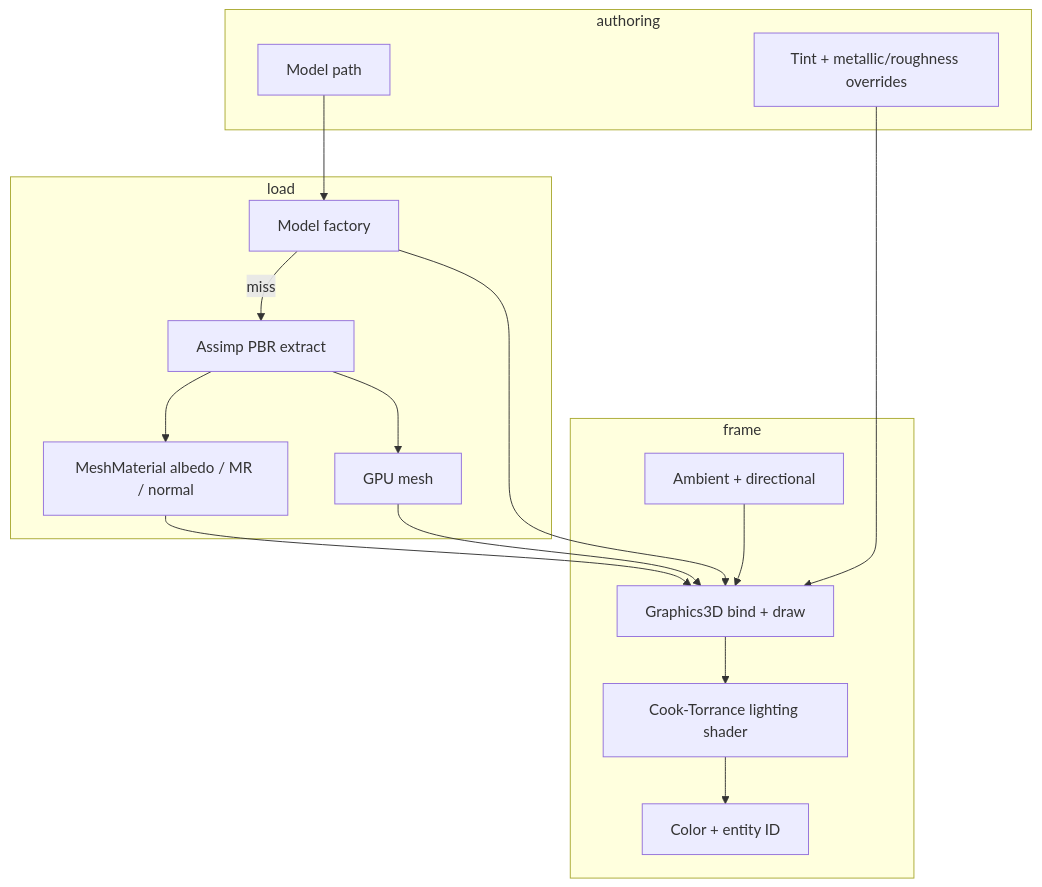
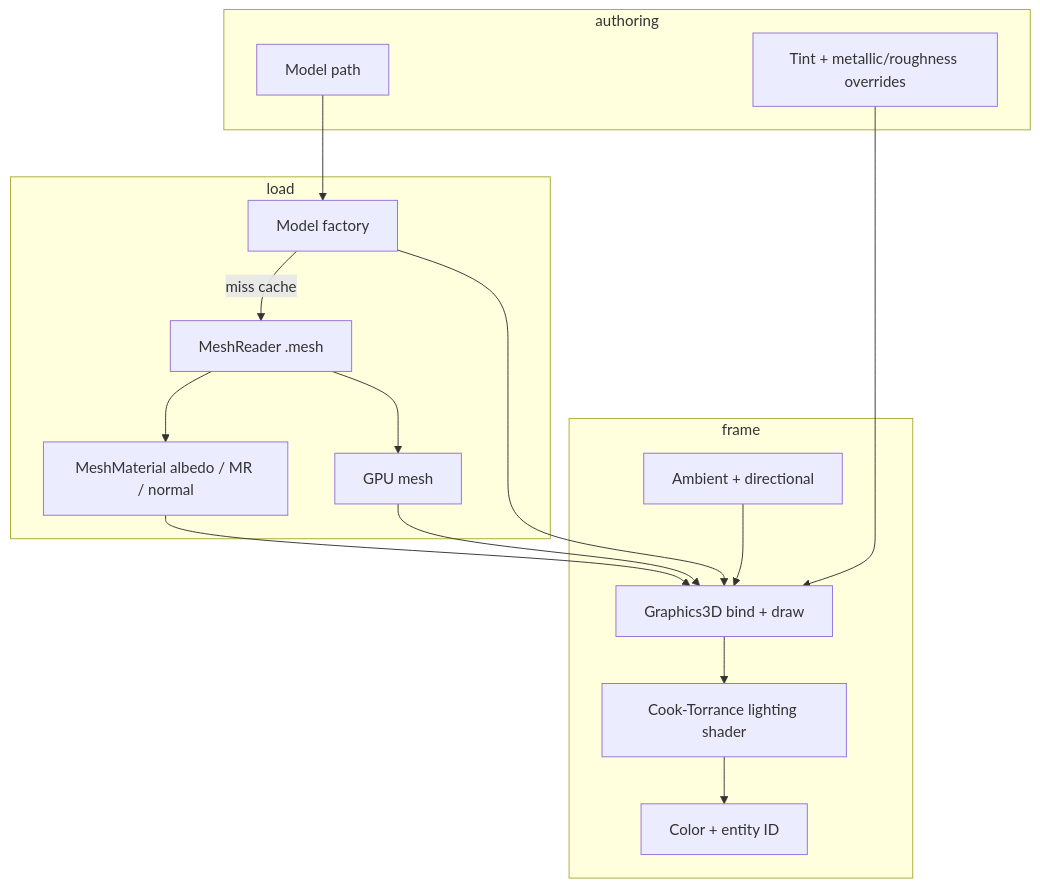
Before and after one commit to kateusz/GameEngine: the first of 2 diagrams in docs/specs/physically-based-rendering/developer-guide.md, drawn with Mermaid. The commit also changed other lines of this file and 44 other files, not shown here.

````diff
--- a/docs/specs/physically-based-rendering/developer-guide.md
+++ b/docs/specs/physically-based-rendering/developer-guide.md
@@ -170,29 +170,29 @@
 ```mermaid
 flowchart TB
   subgraph authoring
     Path[Model path]
     Tint[Tint + metallic/roughness overrides]
   end
   subgraph load
     Factory[Model factory]
-    Assimp[Assimp PBR extract]
+    MeshReader[MeshReader .mesh]
     Mat[MeshMaterial albedo / MR / normal]
     Mesh[GPU mesh]
   end
   subgraph frame
     Lights[Ambient + directional]
     G3D[Graphics3D bind + draw]
     Shader[Cook-Torrance lighting shader]
     FBO[Color + entity ID]
   end
   Path --> Factory
-  Factory -->|miss| Assimp
-  Assimp --> Mat
-  Assimp --> Mesh
+  Factory -->|miss cache| MeshReader
+  MeshReader --> Mat
+  MeshReader --> Mesh
   Factory --> G3D
   Tint --> G3D
   Mat --> G3D
   Mesh --> G3D
   Lights --> G3D
   G3D --> Shader --> FBO
 ```
````
